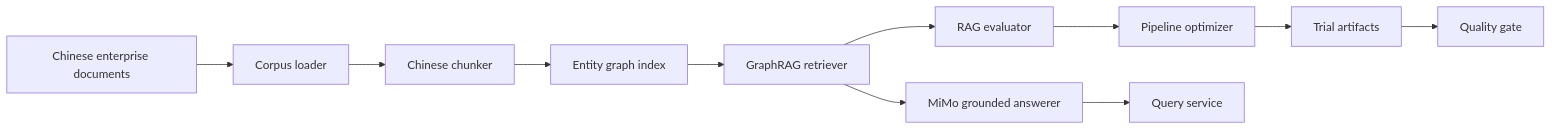
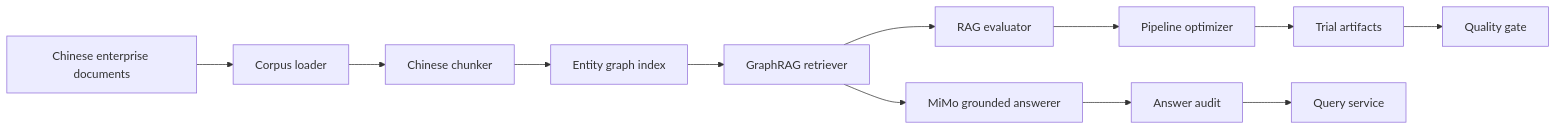
Before and after one commit to cetshow/cn-graphrag-eval-opt: the diagram in docs/architecture.md, drawn with Mermaid. The commit also changed other lines of this file and 5 other files, not shown here.

Commit message:
feat: add answer grounding audit

````diff
--- a/docs/architecture.md
+++ b/docs/architecture.md
@@ -7,13 +7,14 @@
 ```mermaid
 flowchart LR
     A["Chinese enterprise documents"] --> B["Corpus loader"]
     B --> C["Chinese chunker"]
     C --> D["Entity graph index"]
     D --> E["GraphRAG retriever"]
     E --> K["MiMo grounded answerer"]
     E --> F["RAG evaluator"]
     F --> G["Pipeline optimizer"]
     G --> H["Trial artifacts"]
     H --> J["Quality gate"]
-    K --> I["Query service"]
+    K --> L["Answer audit"]
+    L --> I["Query service"]
 ```
````
